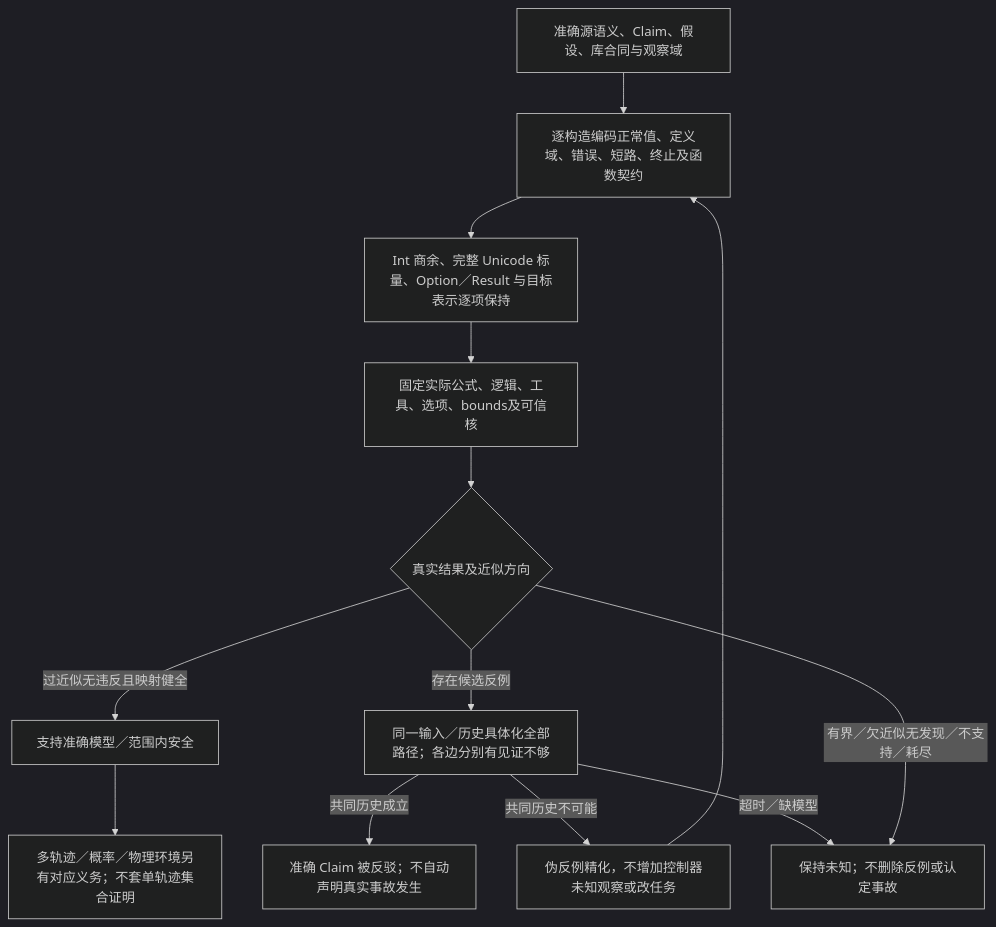
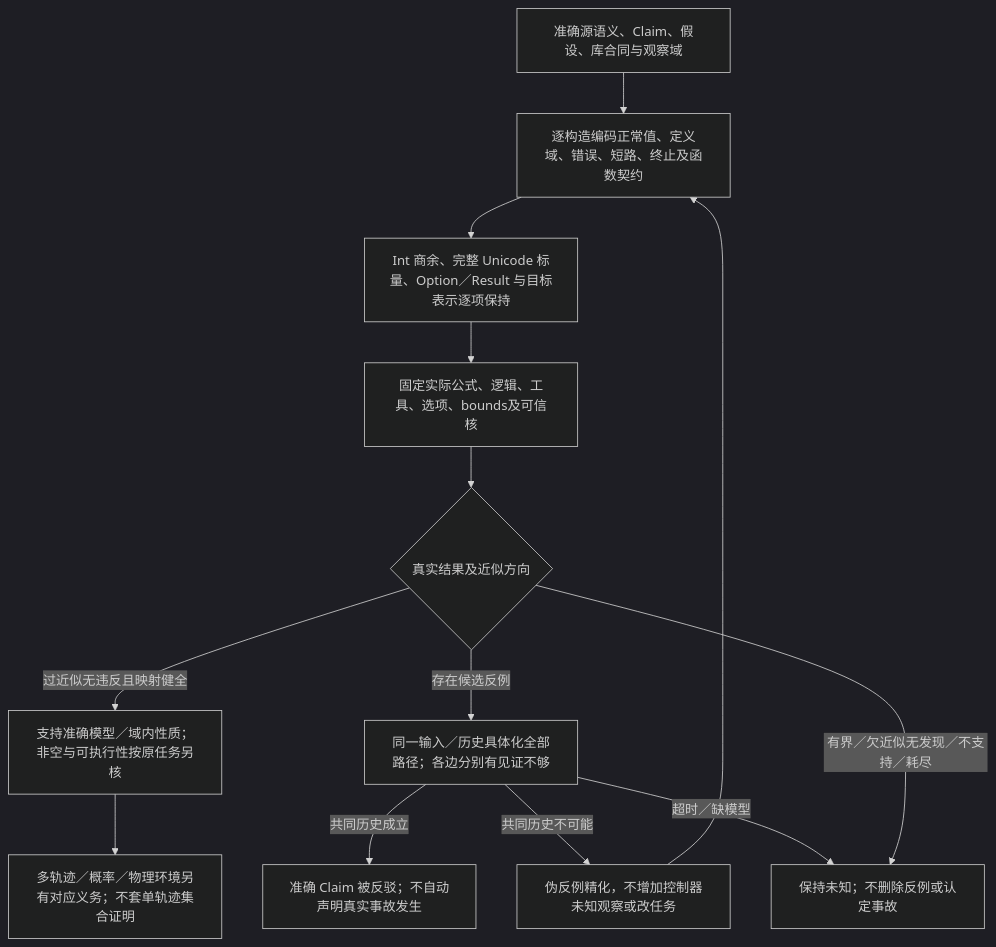
The fifth of 8 diagrams in docs/运行/验收/方法与独立证据.md (sec-platform/sec), drawn with Mermaid (dark theme) before and after one commit. The commit also changed other lines of this file and 2 other files, not shown here.

````diff
--- a/docs/运行/验收/方法与独立证据.md
+++ b/docs/运行/验收/方法与独立证据.md
@@ -765,15 +765,15 @@
 ```mermaid
 flowchart TB
   meaning["准确源语义、Claim、假设、库合同与观察域"] --> mapping["逐构造编码正常值、定义域、错误、短路、终止及函数契约"]
   mapping --> domains["Int 商余、完整 Unicode 标量、Option／Result 与目标表示逐项保持"]
   domains --> solver["固定实际公式、逻辑、工具、选项、bounds及可信核"]
   solver --> result{"真实结果及近似方向"}
-  result -->|过近似无违反且映射健全| safe["支持准确模型／范围内安全"]
+  result -->|过近似无违反且映射健全| safe["支持准确模型／域内性质；非空与可执行性按原任务另核"]
   result -->|存在候选反例| concretize["同一输入／历史具体化全部路径；各边分别有见证不够"]
   concretize -->|共同历史成立| refuted["准确 Claim 被反驳；不自动声明真实事故发生"]
   concretize -->|共同历史不可能| refine["伪反例精化，不增加控制器未知观察或改任务"]
   concretize -->|超时／缺模型| unknown["保持未知；不删除反例或认定事故"]
   result -->|有界／欠近似无发现／不支持／耗尽| unknown
   refine --> mapping
   safe --> boundary["多轨迹／概率／物理环境另有对应义务；不套单轨迹集合证明"]
 ```
````
